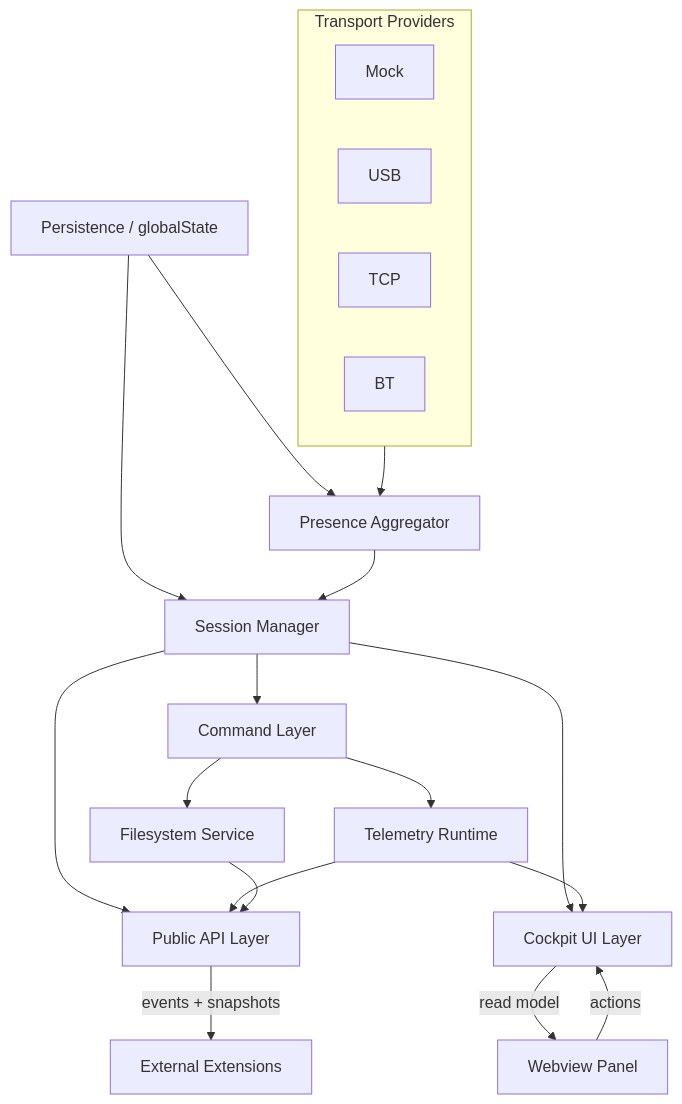
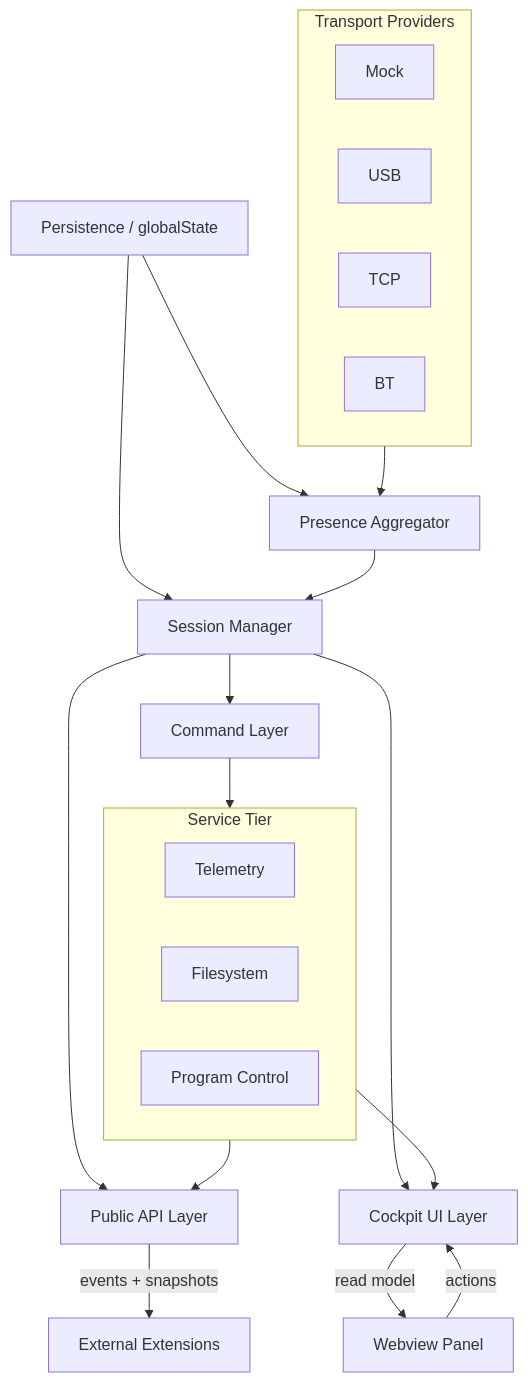
Before and after one commit to 99LevelsUp/ev3-cockpit: the first of 5 diagrams in DESIGN.md, drawn with Mermaid. The commit also changed other lines of this file and 2 other files, not shown here.

Commit message:
docs: service tier between commands and the API, and program control gets an owner

````diff
--- a/DESIGN.md
+++ b/DESIGN.md
@@ -93,35 +93,36 @@
 ```mermaid
 graph TD
     subgraph Providers["Transport Providers"]
         PM[Mock]
         PU[USB]
         PT[TCP]
         PB[BT]
     end
 
     PERS[Persistence / globalState]
 
     PA[Presence Aggregator]
     SM[Session Manager]
     CMD[Command Layer]
-    TM[Telemetry Runtime]
-    FS[Filesystem Service]
+    subgraph Services["Service Tier"]
+        TM[Telemetry]
+        FS[Filesystem]
+        PC[Program Control]
+    end
     API[Public API Layer]
     UI[Cockpit UI Layer]
 
     Providers --> PA
     PERS --> PA
     PERS --> SM
     PA --> SM
     SM --> CMD
-    CMD --> TM
-    CMD --> FS
+    CMD --> Services
     SM --> API
-    TM --> API
-    FS --> API
+    Services --> API
     SM --> UI
-    TM --> UI
+    Services --> UI
     API -->|events + snapshots| EXT[External Extensions]
     UI -->|read model| PANEL[Webview Panel]
     PANEL -->|actions| UI
 ```
````
